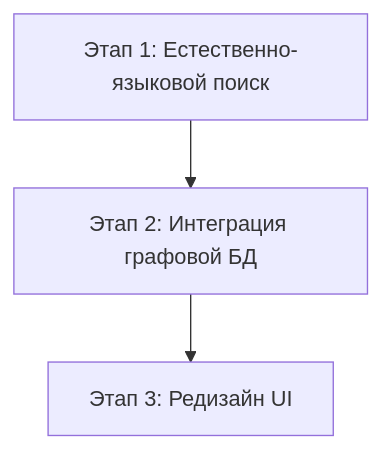
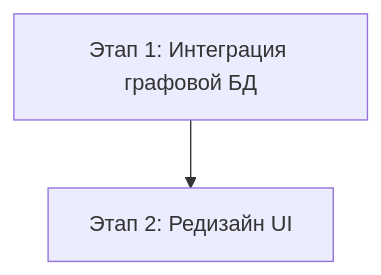
One commit to 0himera/HSME changed the diagram in TECH_SPEC.md. Above: the diagram before and after it, drawn with Mermaid. The commit also changed other lines of this file, not shown here.

````diff
--- a/TECH_SPEC.md
+++ b/TECH_SPEC.md
@@ -101,5 +102,4 @@
 ```mermaid
 graph TD
-    Phase1[Этап 1: Естественно-языковой поиск] --> Phase2[Этап 2: Интеграция графовой БД]
-    Phase2 --> Phase3[Этап 3: Редизайн UI]
+    Phase1[Этап 1: Интеграция графовой БД] --> Phase2[Этап 2: Редизайн UI]
 ```
````
